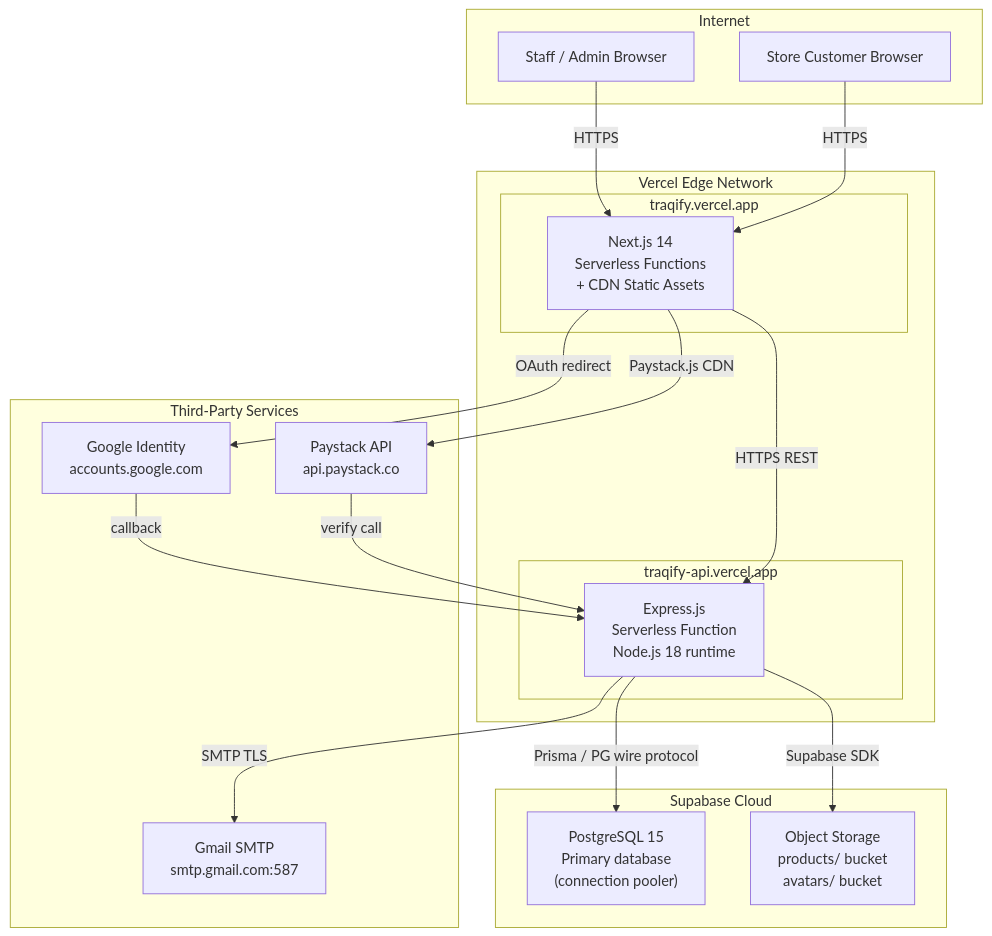
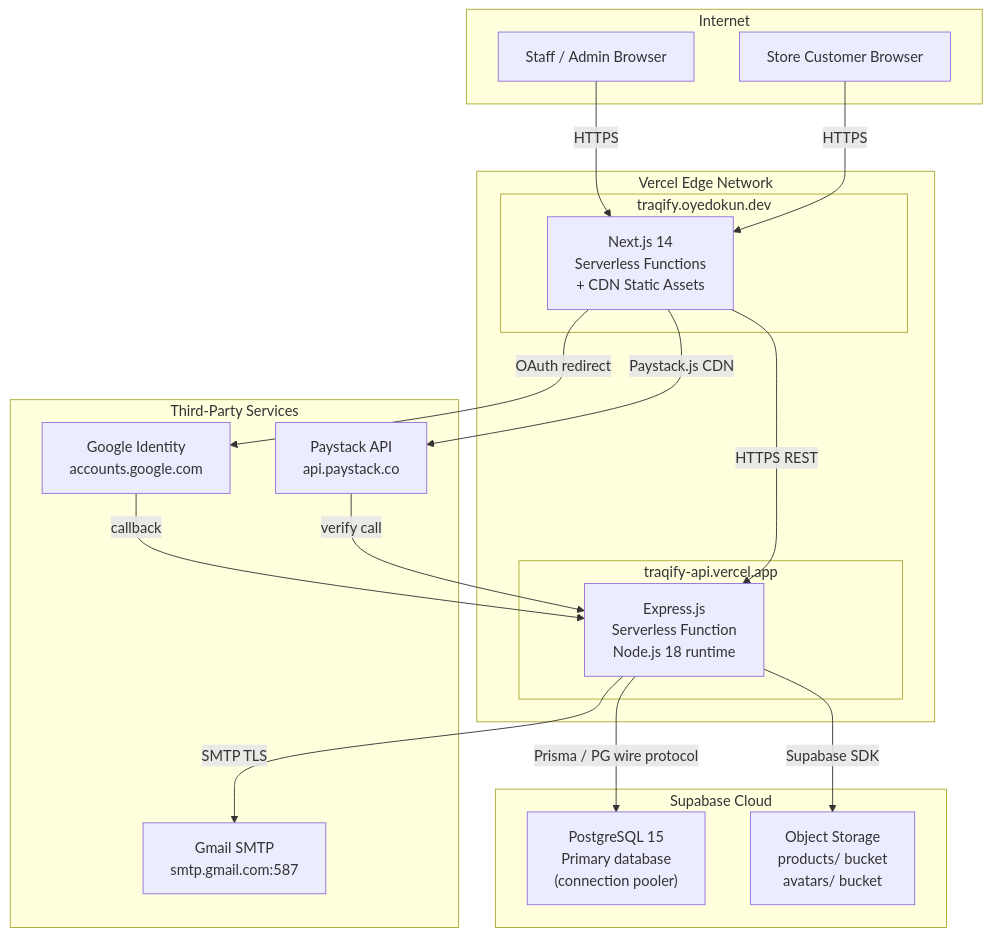
One commit to oyedokunken/traqify changed diagram 14 of 15 in README.md. Above: the diagram before and after it, drawn with Mermaid. The commit also changed other lines of this file and 4 other files, not shown here.

First line of the commit message:
docs: point everything at traqify.oyedokun.dev

````diff
--- a/README.md
+++ b/README.md
@@ -467,38 +467,38 @@
 ```mermaid
 graph TB
     subgraph Internet["Internet"]
         USER["Staff / Admin Browser"]
         CUST["Store Customer Browser"]
     end
 
     subgraph Vercel["Vercel Edge Network"]
-        subgraph FE_DEPLOY["traqify.vercel.app"]
+        subgraph FE_DEPLOY["traqify.oyedokun.dev"]
             NEXT_SRV["Next.js 14<br/>Serverless Functions<br/>+ CDN Static Assets"]
         end
         subgraph BE_DEPLOY["traqify-api.vercel.app"]
             EXPRESS_SRV["Express.js<br/>Serverless Function<br/>Node.js 18 runtime"]
         end
     end
 
     subgraph SupabaseCloud["Supabase Cloud"]
         PG["PostgreSQL 15<br/>Primary database<br/>(connection pooler)"]
         SB_STORE["Object Storage<br/>products/ bucket<br/>avatars/ bucket"]
     end
 
     subgraph External["Third-Party Services"]
         GMAIL["Gmail SMTP<br/>smtp.gmail.com:587"]
         GOOGLE_ID["Google Identity<br/>accounts.google.com"]
         PAYSTACK_API["Paystack API<br/>api.paystack.co"]
     end
 
     USER -->|HTTPS| NEXT_SRV
     CUST -->|HTTPS| NEXT_SRV
     NEXT_SRV -->|HTTPS REST| EXPRESS_SRV
     EXPRESS_SRV -->|Prisma / PG wire protocol| PG
     EXPRESS_SRV -->|Supabase SDK| SB_STORE
     EXPRESS_SRV -->|SMTP TLS| GMAIL
     NEXT_SRV -->|OAuth redirect| GOOGLE_ID
     GOOGLE_ID -->|callback| EXPRESS_SRV
     NEXT_SRV -->|Paystack.js CDN| PAYSTACK_API
     PAYSTACK_API -->|verify call| EXPRESS_SRV
 ```
````
